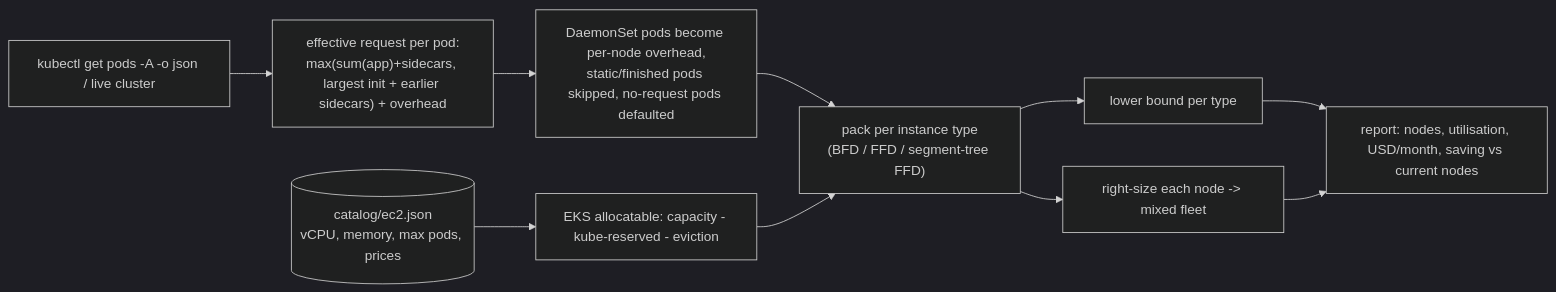
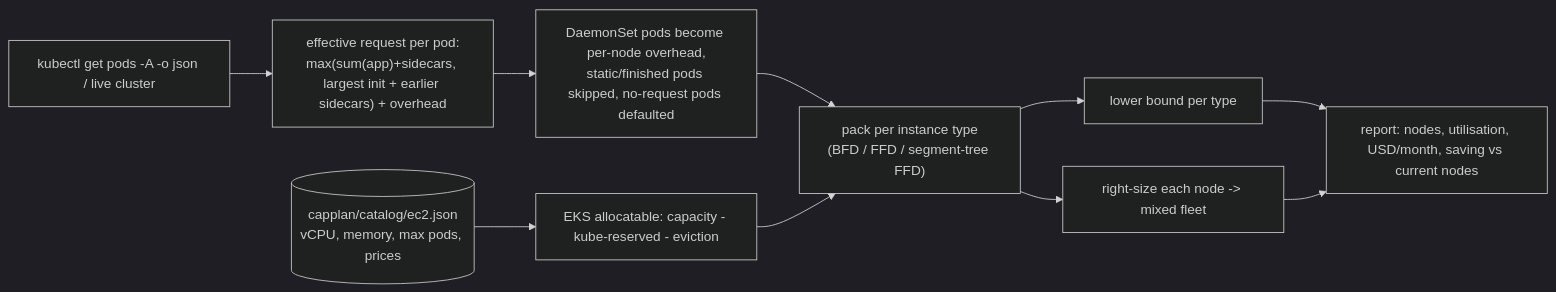
The diagram in README.md (ravishekharg/k8s-capacity-planner), drawn with Mermaid (dark theme) before and after one commit. The commit also changed other lines of this file and 17 other files, not shown here.

````diff
--- a/README.md
+++ b/README.md
@@ -24,11 +24,11 @@
 ```mermaid
 flowchart LR
   k["kubectl get pods -A -o json / live cluster"] --> parse["effective request per pod:<br/>max(sum(app)+sidecars, largest init + earlier sidecars) + overhead"]
   parse --> ds["DaemonSet pods become per-node overhead,<br/>static/finished pods skipped, no-request pods defaulted"]
-  cat[("catalog/ec2.json<br/>vCPU, memory, max pods, prices")] --> alloc["EKS allocatable: capacity - kube-reserved - eviction"]
+  cat[("capplan/catalog/ec2.json<br/>vCPU, memory, max pods, prices")] --> alloc["EKS allocatable: capacity - kube-reserved - eviction"]
   ds --> pack["pack per instance type<br/>(BFD / FFD / segment-tree FFD)"]
   alloc --> pack
   pack --> lb["lower bound per type"]
   pack --> rs["right-size each node -> mixed fleet"]
   lb & rs --> rep["report: nodes, utilisation, USD/month, saving vs current nodes"]
 ```
````
